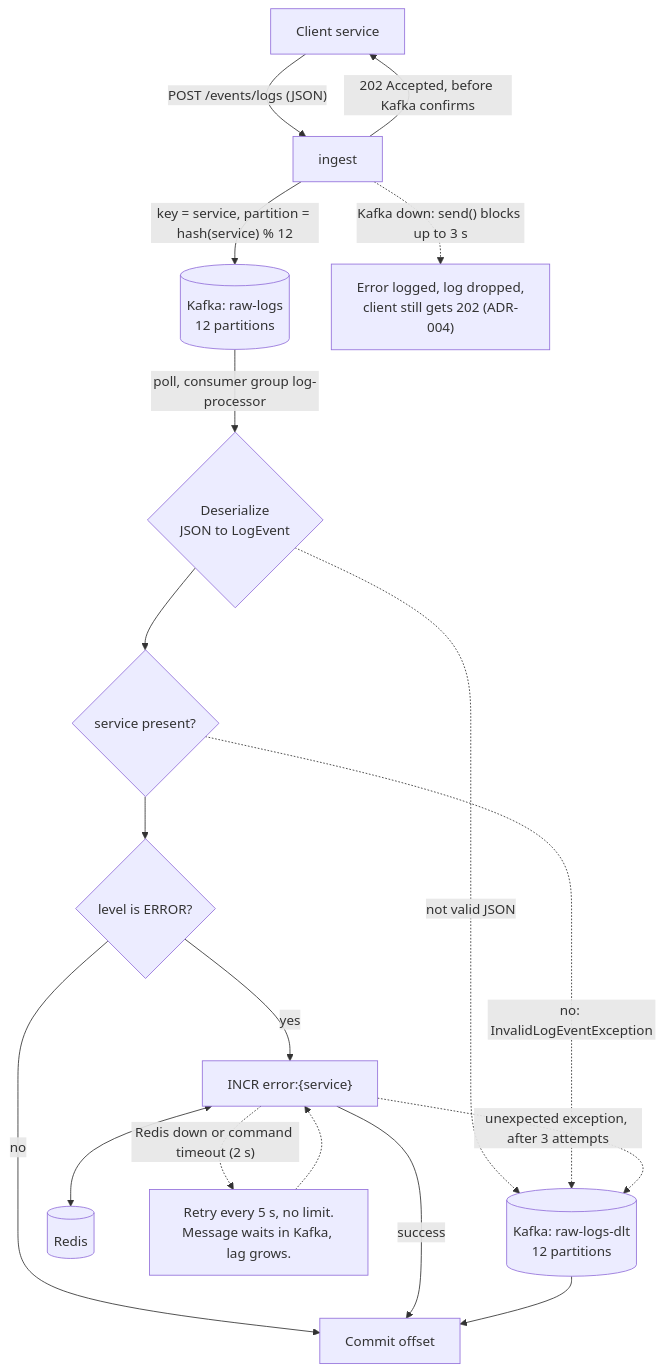
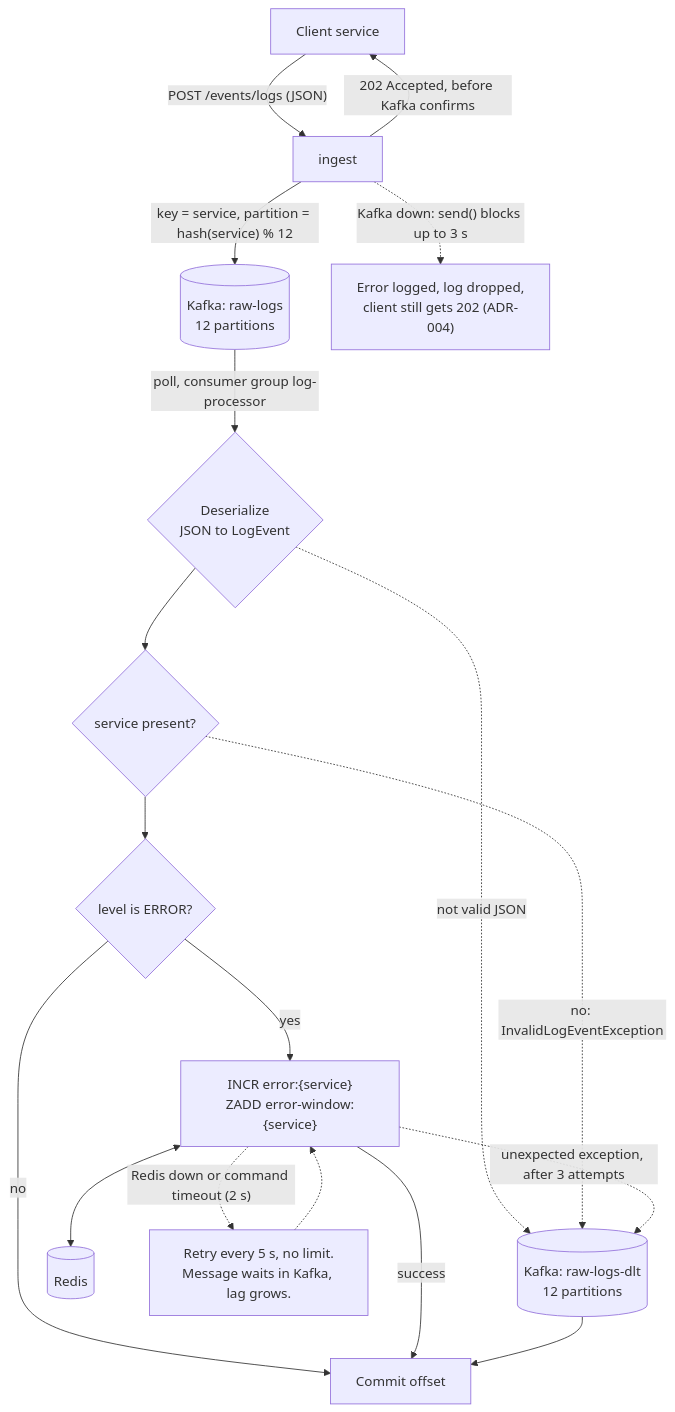
One commit to ShaharAshe/log-analytics-platform changed the diagram in docs/message-flow.md. Above: the diagram before and after it, drawn with Mermaid. The commit also changed other lines of this file and 1 other file, not shown here.

Commit message:
Document the one-minute error window

````diff
--- a/docs/message-flow.md
+++ b/docs/message-flow.md
@@ -6,21 +6,21 @@
 ```mermaid
 flowchart TD
     C[Client service] -->|"POST /events/logs (JSON)"| I[ingest]
     I -->|"202 Accepted, before Kafka confirms"| C
     I -->|"key = service, partition = hash(service) % 12"| K[("Kafka: raw-logs<br/>12 partitions")]
     I -.->|"Kafka down: send() blocks up to 3 s"| KD["Error logged, log dropped,<br/>client still gets 202 (ADR-004)"]
 
     K -->|"poll, consumer group log-processor"| D{"Deserialize<br/>JSON to LogEvent"}
     D -.->|"not valid JSON"| DLT[("Kafka: raw-logs-dlt<br/>12 partitions")]
     D --> V{"service present?"}
     V -.->|"no: InvalidLogEventException"| DLT
     V --> L{"level is ERROR?"}
     L -->|no| CM[Commit offset]
-    L -->|yes| R["INCR error:{service}"]
+    L -->|yes| R["INCR error:{service}<br/>ZADD error-window:{service}"]
     R <--> RD[(Redis)]
     R -->|success| CM
     R -.->|"Redis down or command timeout (2 s)"| W["Retry every 5 s, no limit.<br/>Message waits in Kafka, lag grows."]
     W -.-> R
     R -.->|"unexpected exception, after 3 attempts"| DLT
     DLT --> CM
 ```
````
